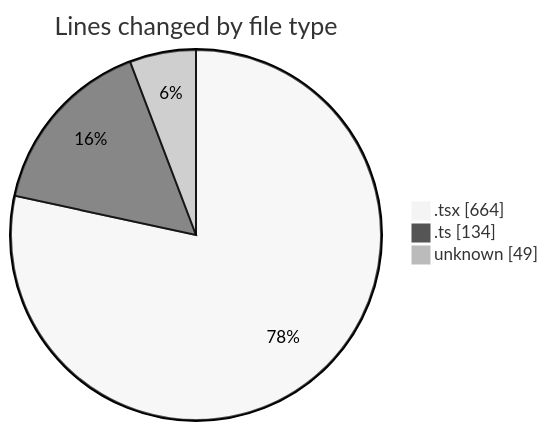
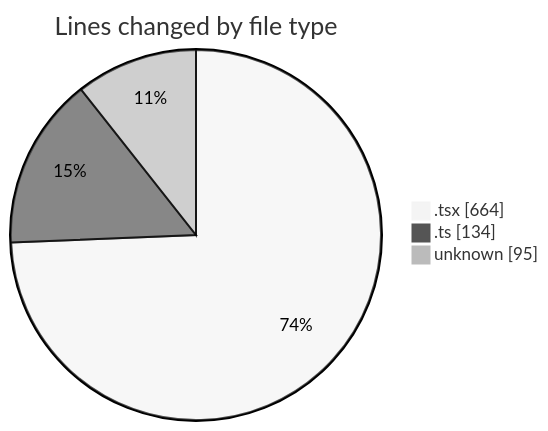
The first of 2 diagrams in 2025-05-20/niten/README.md (Elitesun/code-tracking), drawn with Mermaid (neutral theme) before and after one commit. The commit also changed other lines of this file and 1 other file, not shown here.

````diff
--- a/2025-05-20/niten/README.md
+++ b/2025-05-20/niten/README.md
@@ -26,7 +27,7 @@
 ```mermaid
 pie showData
 title Lines changed by file type
 ".tsx" : 664
 ".ts" : 134
-"unknown" : 49
+"unknown" : 95
 ```
````
